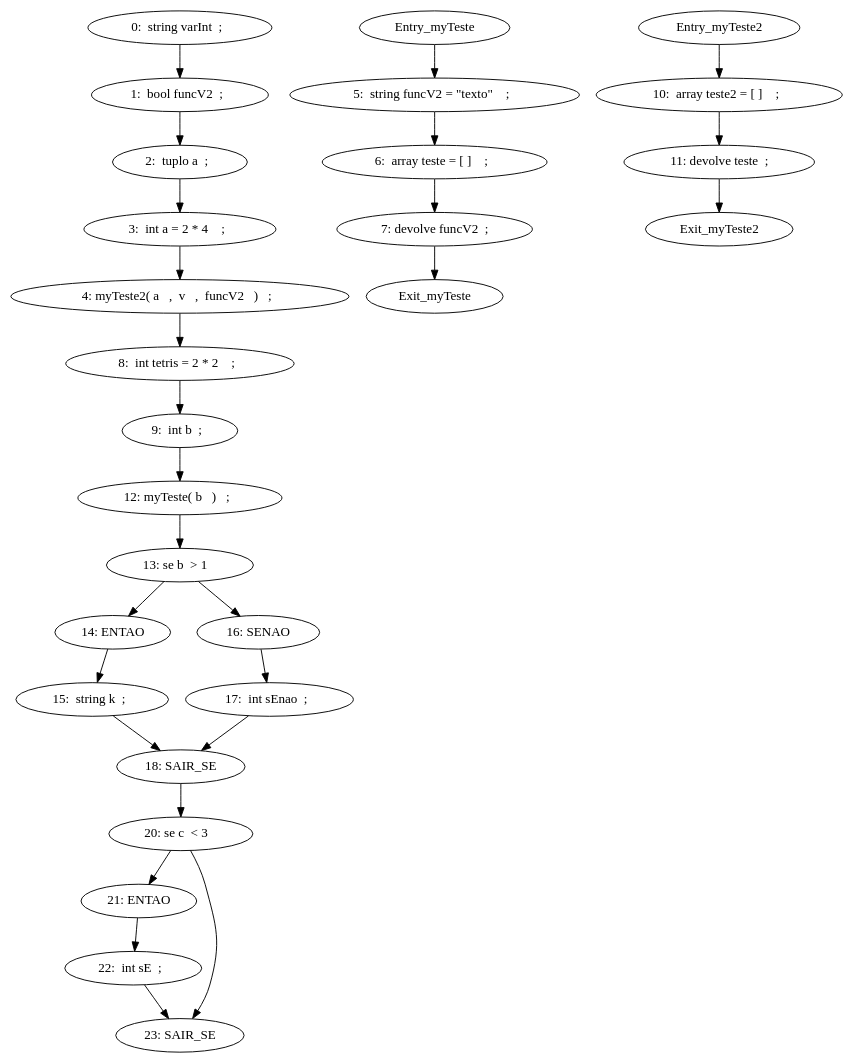
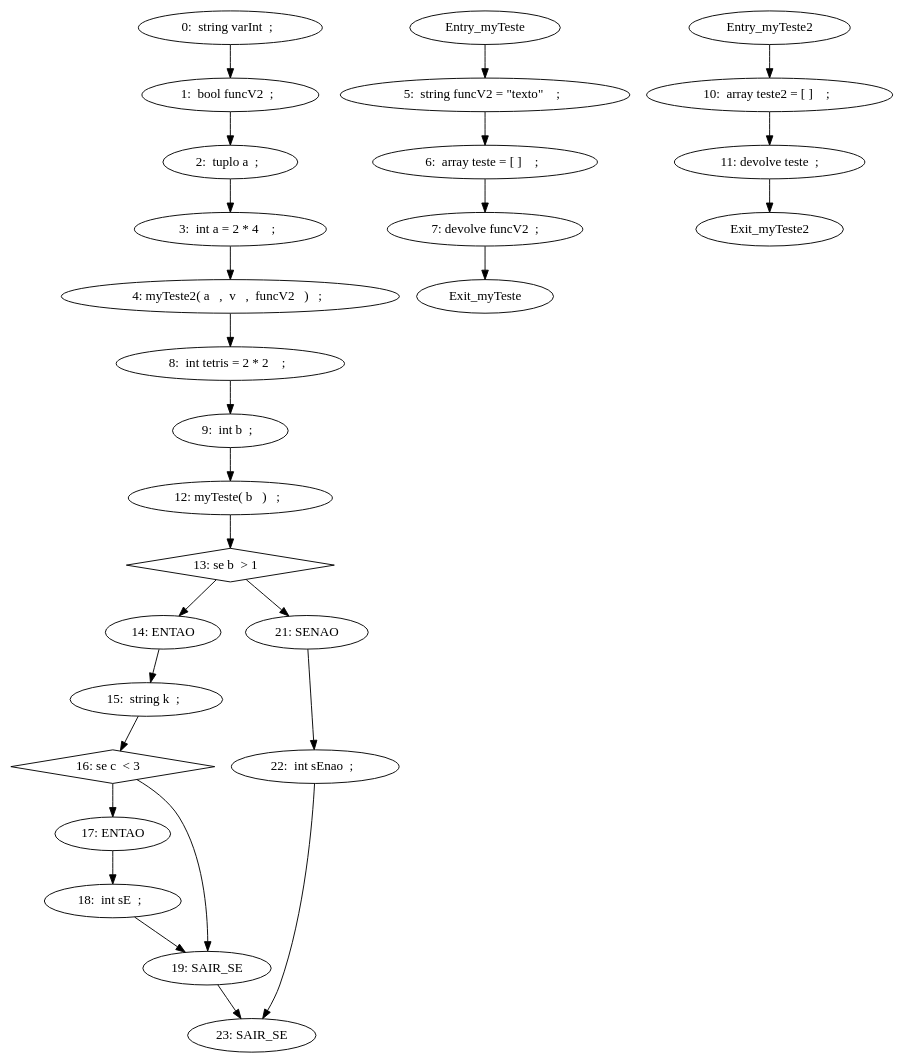
One commit to Yakari144/ImperativeLanguageAnalyser changed the diagram in cfg.dot. Above: the diagram before and after it, drawn with Graphviz. The commit also changed 6 other files, not shown here.

```diff
--- a/cfg.dot
+++ b/cfg.dot
@@ -1,28 +1,30 @@
-digraph G {
+digraph CFG{
 "0:  string varInt  ;  " -> "1:  bool funcV2  ;  "
 "1:  bool funcV2  ;  " -> "2:  tuplo a  ;  "
 "2:  tuplo a  ;  " -> "3:  int a = 2 * 4    ;  "
 "3:  int a = 2 * 4    ;  " -> "4: myTeste2( a   ,  v   ,  funcV2   )   ;  "
 "Entry_myTeste" -> "5:  string funcV2 = \"texto\"    ;  "
 "5:  string funcV2 = \"texto\"    ;  " -> "6:  array teste = [ ]    ;  "
 "6:  array teste = [ ]    ;  " -> "7: devolve funcV2  ; "
 "7: devolve funcV2  ; " -> "Exit_myTeste"
 "4: myTeste2( a   ,  v   ,  funcV2   )   ;  " -> "8:  int tetris = 2 * 2    ;  "
 "8:  int tetris = 2 * 2    ;  " -> "9:  int b  ;  "
 "Entry_myTeste2" -> "10:  array teste2 = [ ]    ;  "
 "10:  array teste2 = [ ]    ;  " -> "11: devolve teste  ; "
 "11: devolve teste  ; " -> "Exit_myTeste2"
 "9:  int b  ;  " -> "12: myTeste( b   )   ;  "
 "12: myTeste( b   )   ;  " -> "13: se b  > 1   "
+"13: se b  > 1   " [shape=diamond]
 "13: se b  > 1   " -> "14: ENTAO"
 "14: ENTAO" -> "15:  string k  ;  "
-"13: se b  > 1   " -> "16: SENAO "
-"16: SENAO " -> "17:  int sEnao  ;  "
-"17:  int sEnao  ;  " -> "18: SAIR_SE"
-"15:  string k  ;  " -> "18: SAIR_SE"
-"18: SAIR_SE" -> "20: se c  < 3   "
-"20: se c  < 3   " -> "21: ENTAO"
-"21: ENTAO" -> "22:  int sE  ;  "
-"22:  int sE  ;  " -> "23: SAIR_SE"
-"20: se c  < 3   " -> "23: SAIR_SE"
+"15:  string k  ;  " -> "16: se c  < 3   "
+"16: se c  < 3   " [shape=diamond]
+"16: se c  < 3   " -> "17: ENTAO"
+"17: ENTAO" -> "18:  int sE  ;  "
+"18:  int sE  ;  " -> "19: SAIR_SE"
+"16: se c  < 3   " -> "19: SAIR_SE"
+"13: se b  > 1   " -> "21: SENAO "
+"21: SENAO " -> "22:  int sEnao  ;  "
+"22:  int sEnao  ;  " -> "23: SAIR_SE"
+"19: SAIR_SE" -> "23: SAIR_SE"
 }
```
